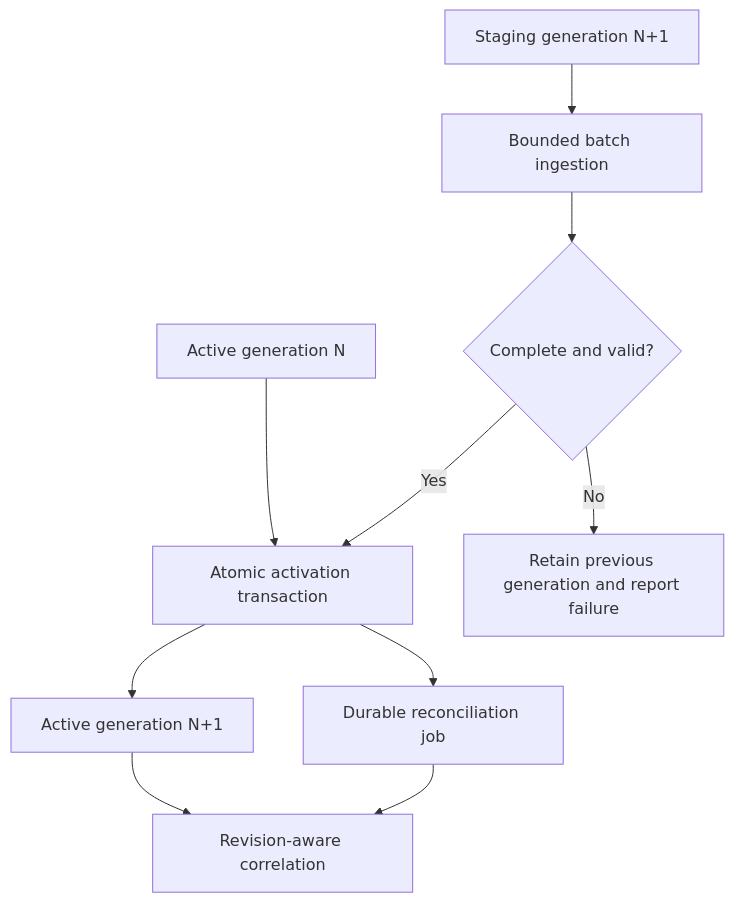
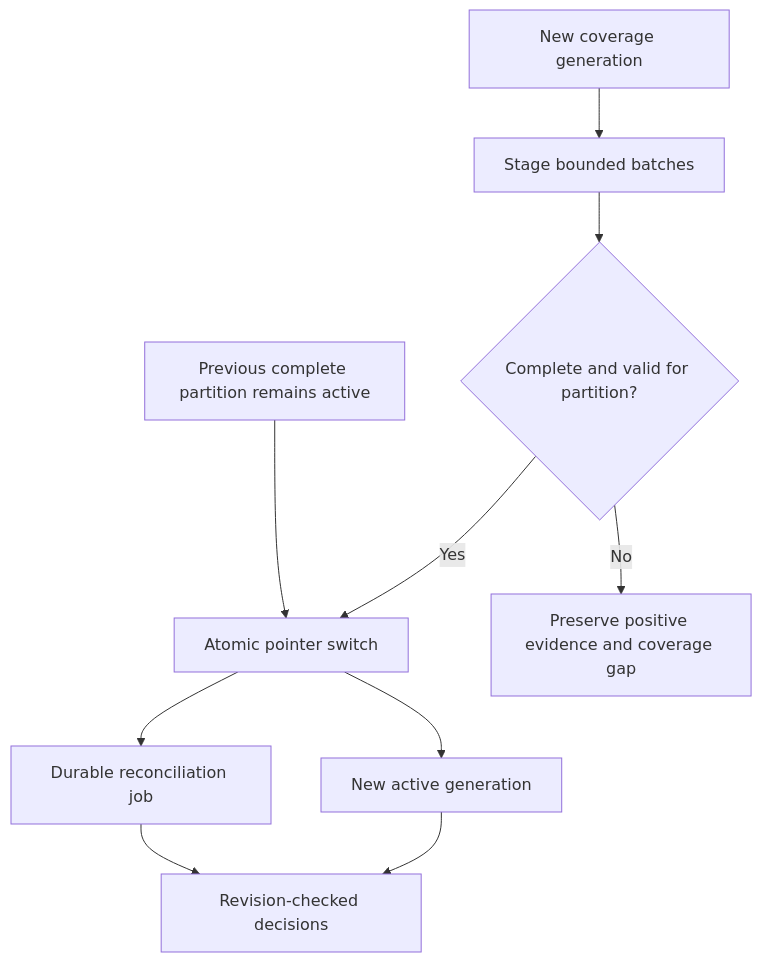
One commit to ngcbg/vulnmon changed the ninth of 12 diagrams in ARCHITECTURE.md. Above: the diagram before and after it, drawn with Mermaid. The commit also changed other lines of this file and 2 other files, not shown here.

Commit message:
docs: establish architecture v0.3 after peer review

````diff
--- a/ARCHITECTURE.md
+++ b/ARCHITECTURE.md
@@ -374,12 +454,12 @@
 ```mermaid
 flowchart TD
-    OLD[Active generation N] --> SWITCH[Atomic activation transaction]
-    NEW[Staging generation N+1] --> B[Bounded batch ingestion]
-    B --> V{Complete and valid?}
-    V -->|Yes| SWITCH
-    V -->|No| FAIL[Retain previous generation and report failure]
-    SWITCH --> ACTIVE[Active generation N+1]
-    SWITCH --> JOB[Durable reconciliation job]
-    ACTIVE --> CORR[Revision-aware correlation]
-    JOB --> CORR
+    O[Previous complete partition remains active] --> A[Atomic pointer switch]
+    N[New coverage generation] --> S[Stage bounded batches]
+    S --> V{Complete and valid for partition?}
+    V -->|No| P[Preserve positive evidence and coverage gap]
+    V -->|Yes| A
+    A --> C[New active generation]
+    A --> J[Durable reconciliation job]
+    J --> R[Revision-checked decisions]
+    C --> R
 ```
````
